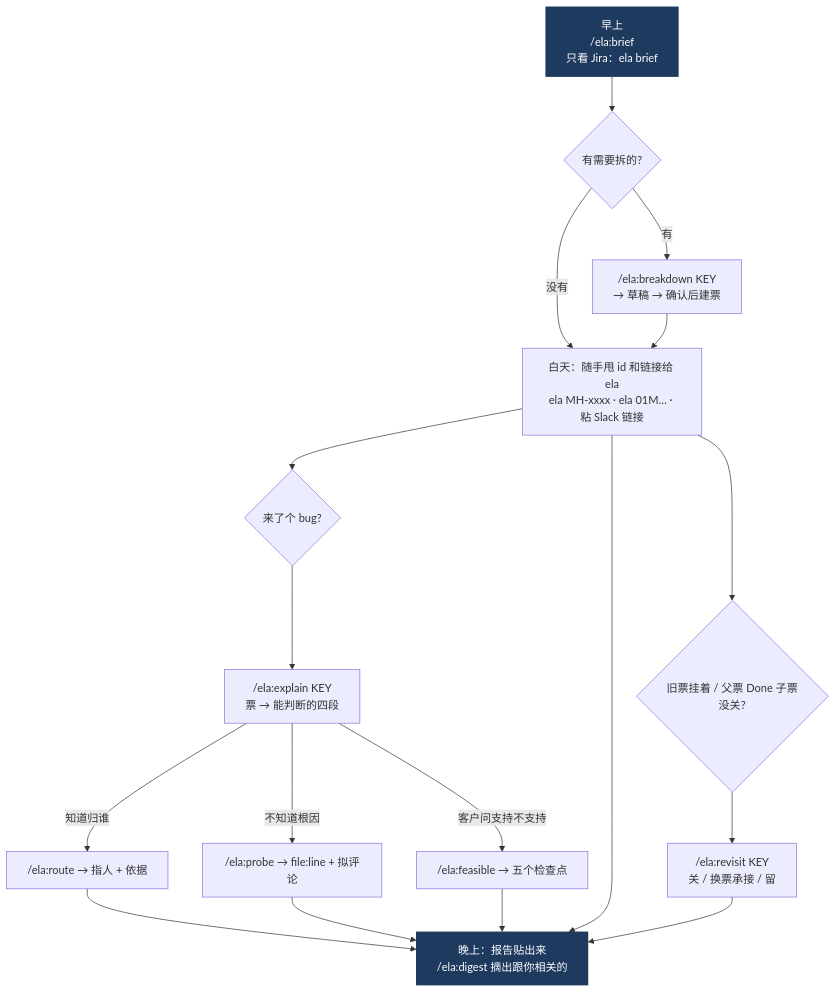
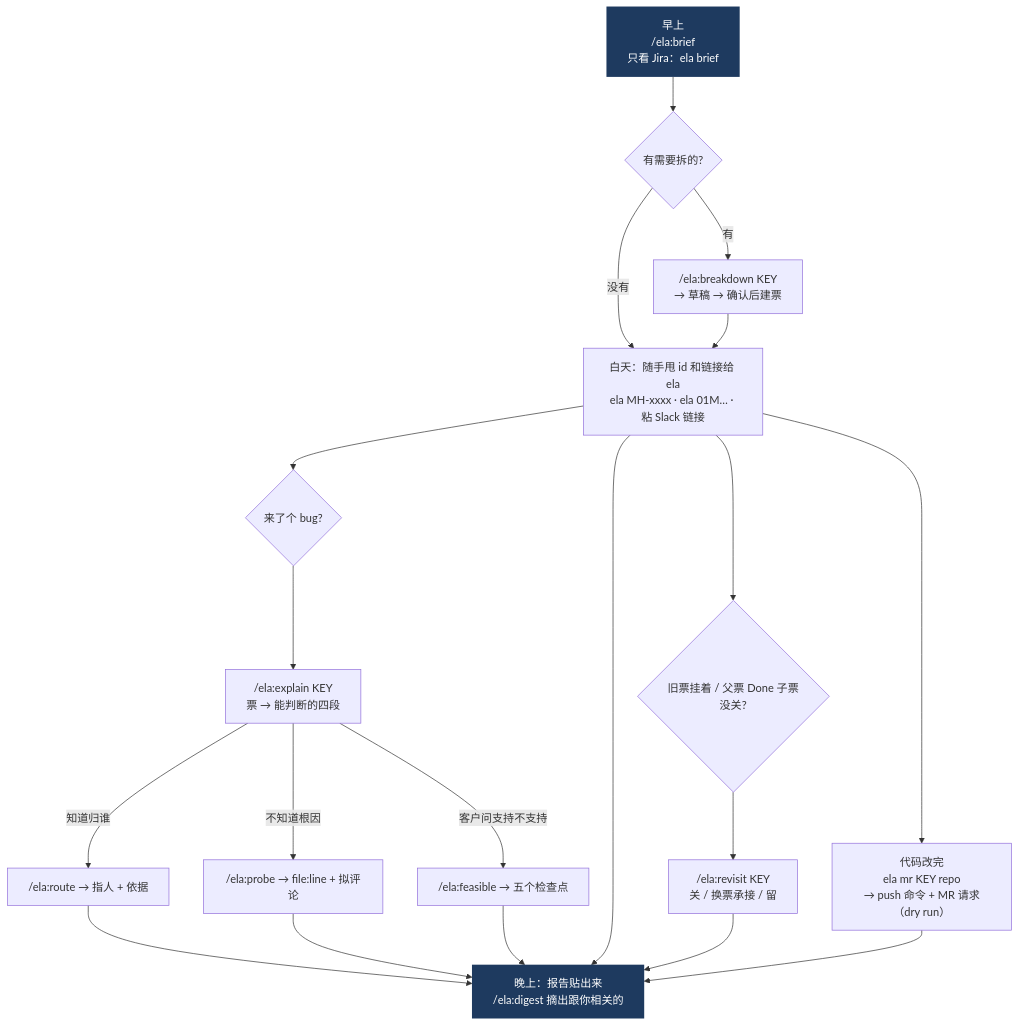
Before and after one commit to tvuevanli/tvu-ela: the fourth of 4 diagrams in docs/manual.md, drawn with Mermaid. The commit also changed other lines of this file and 5 other files, not shown here.

````diff
--- a/docs/manual.md
+++ b/docs/manual.md
@@ -190,21 +191,23 @@
 ```mermaid
 flowchart TD
   M["早上<br>/ela:brief<br>只看 Jira：ela brief"] --> M2{"有需要拆的?"}
   M2 -->|"有"| BD["/ela:breakdown KEY<br>→ 草稿 → 确认后建票"]
   M2 -->|"没有"| D
   BD --> D["白天：随手甩 id 和链接给 ela<br>ela MH-xxxx · ela 01M… · 粘 Slack 链接"]
   D --> BUG{"来了个 bug?"}
   BUG --> EX["/ela:explain KEY<br>票 → 能判断的四段"]
   EX -->|"知道归谁"| RO["/ela:route → 指人 + 依据"]
   EX -->|"不知道根因"| PR["/ela:probe → file:line + 拟评论"]
   EX -->|"客户问支持不支持"| FE["/ela:feasible → 五个检查点"]
   RO --> EV
   PR --> EV["晚上：报告贴出来<br>/ela:digest 摘出跟你相关的"]
   FE --> EV
   D --> EV
   D --> OLD{"旧票挂着 / 父票 Done 子票没关?"}
   OLD --> RV["/ela:revisit KEY<br>关 / 换票承接 / 留"]
   RV --> EV
+  D --> MR["代码改完<br>ela mr KEY repo<br>→ push 命令 + MR 请求（dry run）"]
+  MR --> EV
   classDef m fill:#1e3a5f,color:#fff,stroke:none
   class M,EV m
 ```
````
